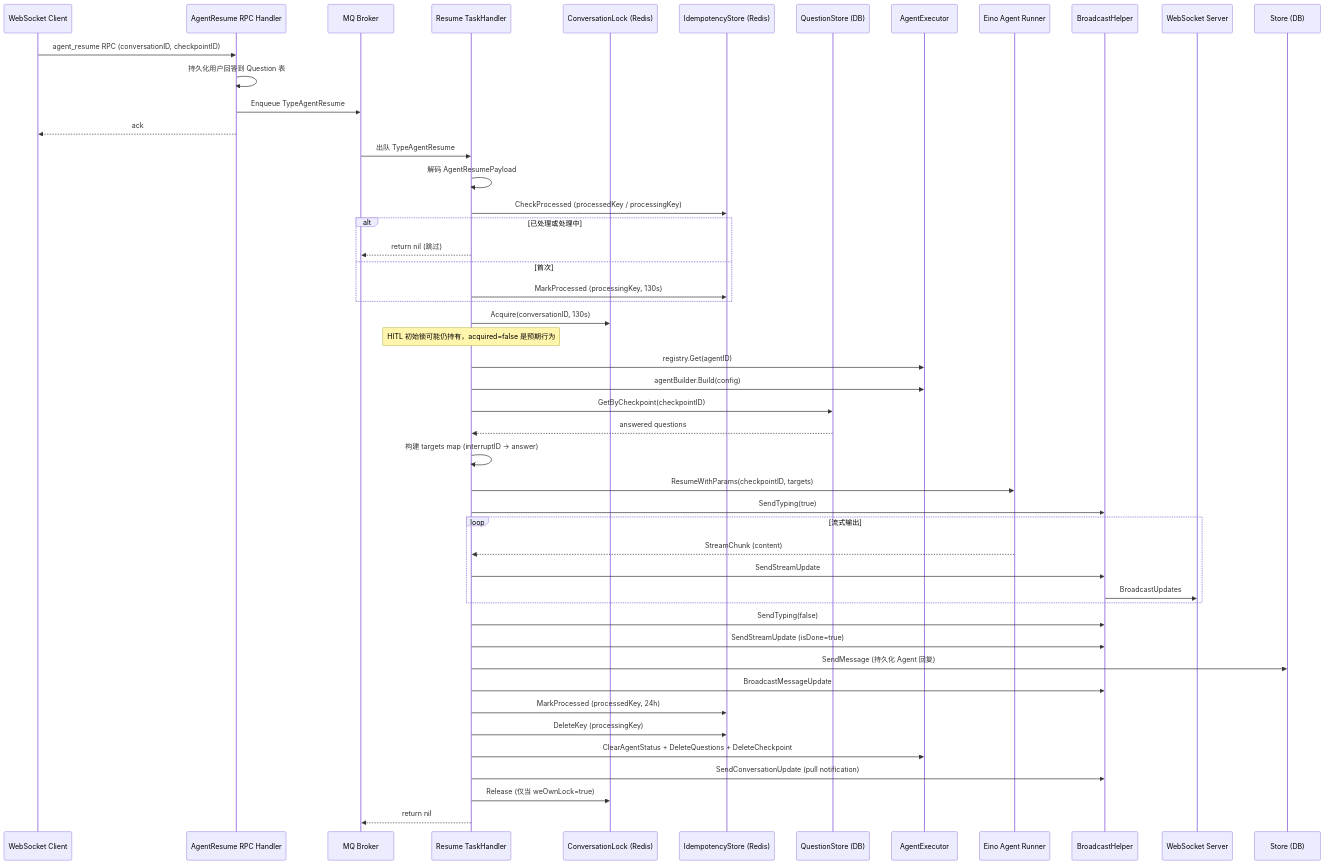
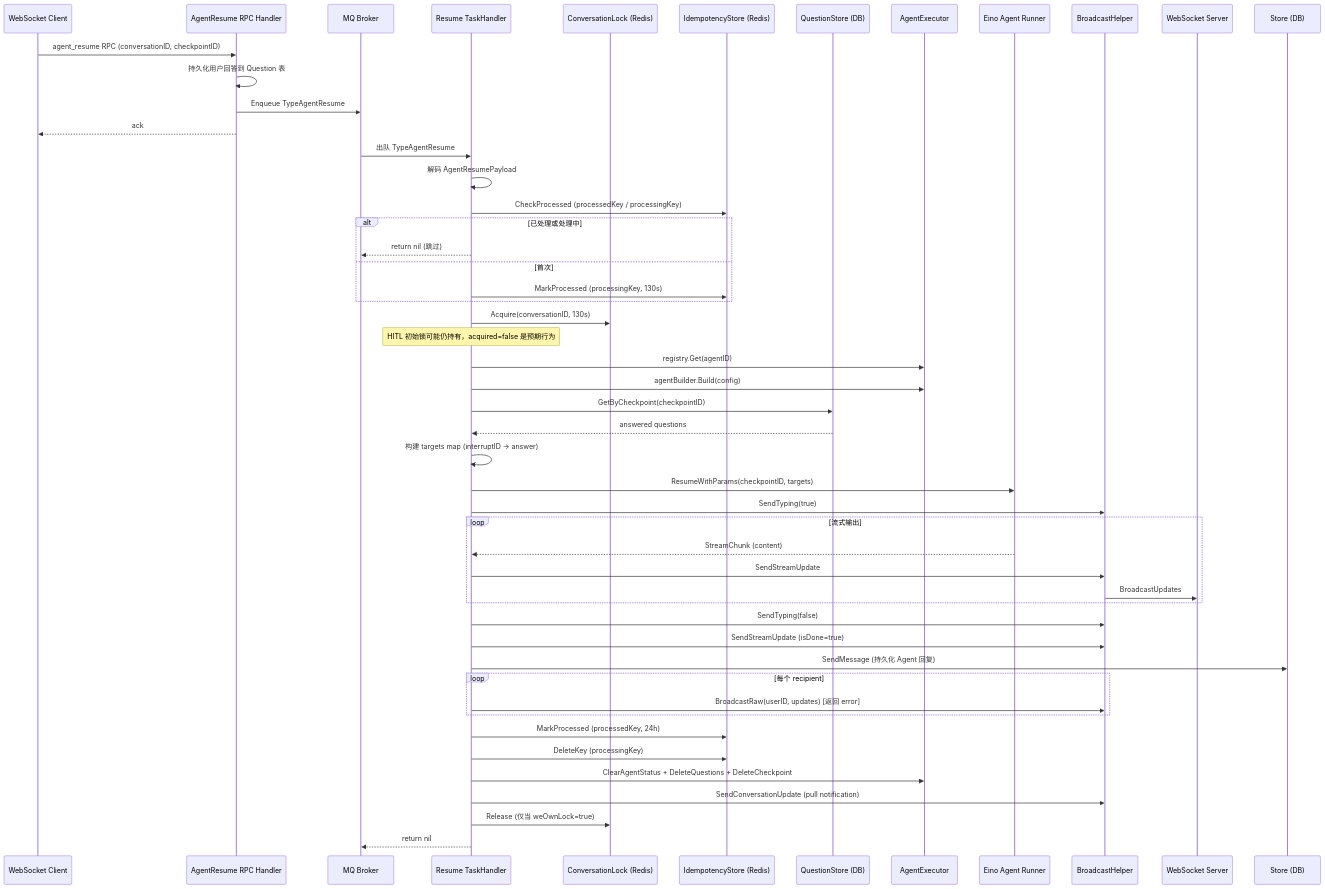
One commit to PineappleBond/xyncra-server changed the third of 8 diagrams in wiki/flows/mq-async.md. Above: the diagram before and after it, drawn with Mermaid. The commit also changed other lines of this file and 8 other files, not shown here.

First line of the commit message:
docs(wiki): update flow docs with accuracy fixes and additional details

````diff
--- a/wiki/flows/mq-async.md
+++ b/wiki/flows/mq-async.md
@@ -172,52 +172,54 @@
 ```mermaid
 sequenceDiagram
     participant Client as WebSocket Client
     participant Handler as AgentResume RPC Handler
     participant Broker as MQ Broker
     participant Worker as Resume TaskHandler
     participant Lock as ConversationLock (Redis)
     participant Idem as IdempotencyStore (Redis)
     participant QStore as QuestionStore (DB)
     participant Exec as AgentExecutor
     participant Agent as Eino Agent Runner
     participant BC as BroadcastHelper
     participant WS as WebSocket Server
     participant Store as Store (DB)
 
     Client->>Handler: agent_resume RPC (conversationID, checkpointID)
     Handler->>Handler: 持久化用户回答到 Question 表
     Handler->>Broker: Enqueue TypeAgentResume
     Handler-->>Client: ack
     Broker->>Worker: 出队 TypeAgentResume
     Worker->>Worker: 解码 AgentResumePayload
     Worker->>Idem: CheckProcessed (processedKey / processingKey)
     alt 已处理或处理中
         Worker-->>Broker: return nil (跳过)
     else 首次
         Worker->>Idem: MarkProcessed (processingKey, 130s)
     end
     Worker->>Lock: Acquire(conversationID, 130s)
     Note over Worker: HITL 初始锁可能仍持有，acquired=false 是预期行为
     Worker->>Exec: registry.Get(agentID)
     Worker->>Exec: agentBuilder.Build(config)
     Worker->>QStore: GetByCheckpoint(checkpointID)
     QStore-->>Worker: answered questions
     Worker->>Worker: 构建 targets map (interruptID -> answer)
     Worker->>Agent: ResumeWithParams(checkpointID, targets)
     Worker->>BC: SendTyping(true)
     loop 流式输出
         Agent-->>Worker: StreamChunk (content)
         Worker->>BC: SendStreamUpdate
         BC->>WS: BroadcastUpdates
     end
     Worker->>BC: SendTyping(false)
     Worker->>BC: SendStreamUpdate (isDone=true)
     Worker->>Store: SendMessage (持久化 Agent 回复)
-    Worker->>BC: BroadcastMessageUpdate
+    loop 每个 recipient
+        Worker->>BC: BroadcastRaw(userID, updates) [返回 error]
+    end
     Worker->>Idem: MarkProcessed (processedKey, 24h)
     Worker->>Idem: DeleteKey (processingKey)
     Worker->>Exec: ClearAgentStatus + DeleteQuestions + DeleteCheckpoint
     Worker->>BC: SendConversationUpdate (pull notification)
     Worker->>Lock: Release (仅当 weOwnLock=true)
     Worker-->>Broker: return nil
 ```
````
